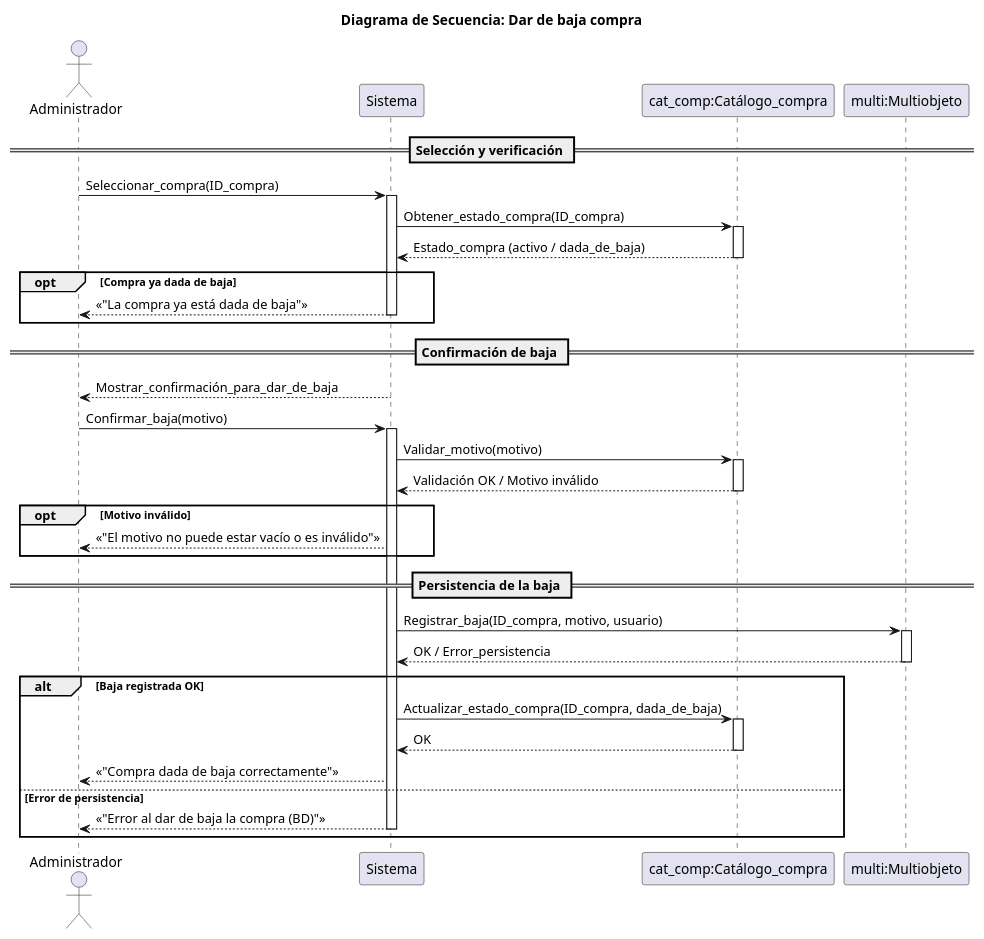
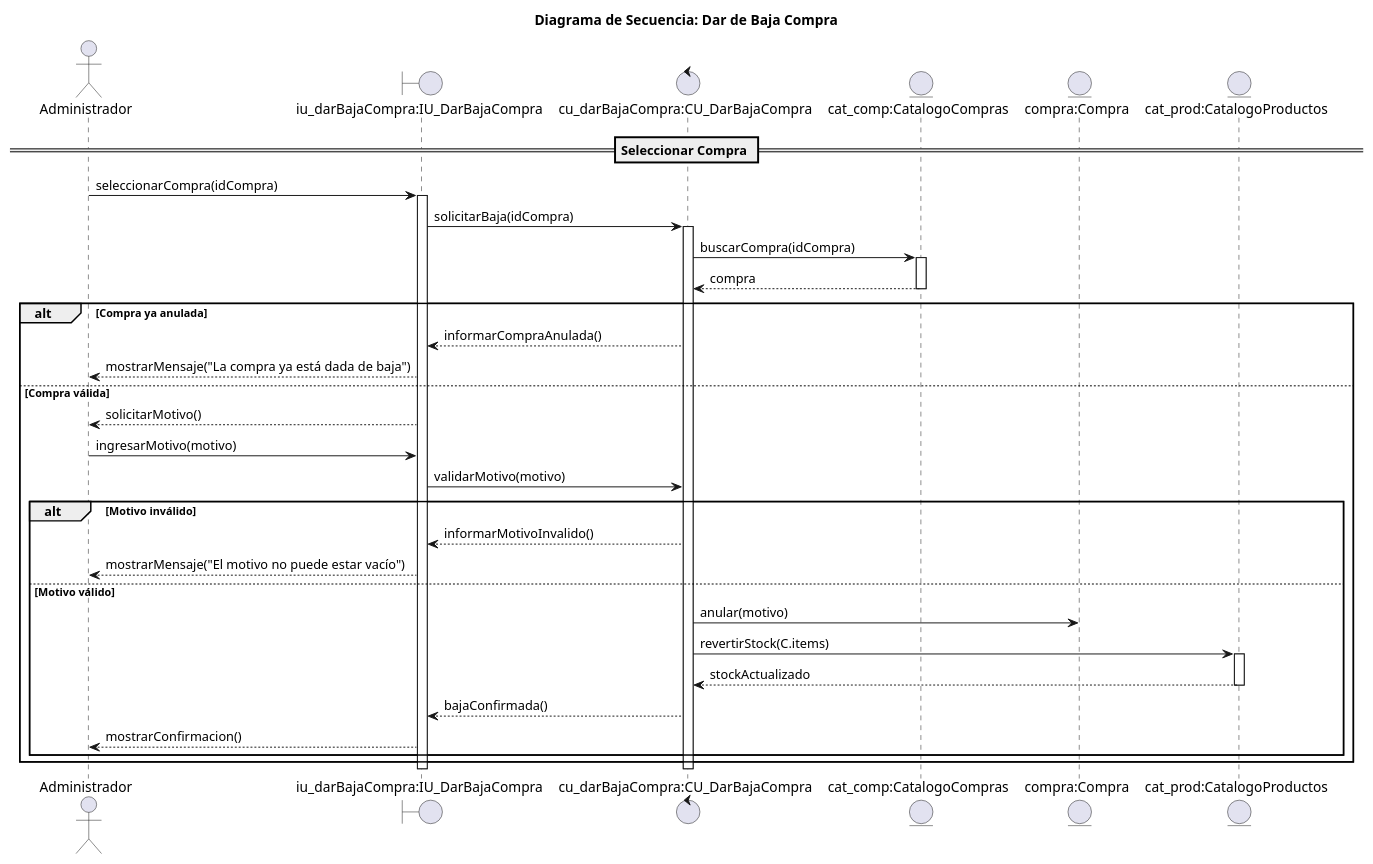
One commit to Luci1274/PPI_Proyecto_gomeria changed the diagram in 08-Diagrama-secuencia/03_Dar_baja_compra.puml. Above: the diagram before and after it, drawn with PlantUML. The commit also changed other lines of this file and 21 other files, not shown here.

Commit message:
Modificacion en mis casos de uso y diagramas de secuencia correspondientes

```diff
--- a/08-Diagrama-secuencia/03_Dar_baja_compra.puml
+++ b/08-Diagrama-secuencia/03_Dar_baja_compra.puml
@@ -2,57 +1,55 @@
 @startuml dar_baja_compra
 
-title Diagrama de Secuencia: Dar de baja compra
+title Diagrama de Secuencia: Dar de Baja Compra
 
 actor Administrador
-participant Sistema
-participant "cat_comp:Catálogo_compra" as Cat_comp
-participant "multi:Multiobjeto" as MULT
+boundary "iu_darBajaCompra:IU_DarBajaCompra" as IU
+control "cu_darBajaCompra:CU_DarBajaCompra" as CU
+entity "cat_comp:CatalogoCompras" as CATC
+entity "compra:Compra" as C
+entity "cat_prod:CatalogoProductos" as CATP
 
-== Selección y verificación ==
-Administrador -> Sistema: Seleccionar_compra(ID_compra)
-activate Sistema
-Sistema -> Cat_comp: Obtener_estado_compra(ID_compra)
-activate Cat_comp
-Cat_comp --> Sistema: Estado_compra (activo / dada_de_baja)
-deactivate Cat_comp
+== Seleccionar Compra ==
+Administrador -> IU: seleccionarCompra(idCompra)
+activate IU
 
-opt Compra ya dada de baja
-    Sistema --> Administrador: <<"La compra ya está dada de baja">>
-    deactivate Sistema
+IU -> CU: solicitarBaja(idCompra)
+activate CU
+
+CU -> CATC: buscarCompra(idCompra)
+activate CATC
+CATC --> CU: compra
+deactivate CATC
+
+alt Compra ya anulada
+    CU --> IU: informarCompraAnulada()
+    IU --> Administrador: mostrarMensaje("La compra ya está dada de baja")
+else Compra válida
+
+    IU --> Administrador: solicitarMotivo()
+
+    Administrador -> IU: ingresarMotivo(motivo)
+    IU -> CU: validarMotivo(motivo)
+
+    alt Motivo inválido
+        CU --> IU: informarMotivoInvalido()
+        IU --> Administrador: mostrarMensaje("El motivo no puede estar vacío")
+    else Motivo válido
+
+        CU -> C: anular(motivo)
+
+        CU -> CATP: revertirStock(C.items)
+        activate CATP
+        CATP --> CU: stockActualizado
+        deactivate CATP
+
+        CU --> IU: bajaConfirmada()
+        IU --> Administrador: mostrarConfirmacion()
+
+    end reminder
 end
 
-== Confirmación de baja ==
-Sistema --> Administrador: Mostrar_confirmación_para_dar_de_baja
-Administrador -> Sistema: Confirmar_baja(motivo)
-activate Sistema
-
-' Validación del motivo (consulta al catálogo si aplica reglas)
-Sistema -> Cat_comp: Validar_motivo(motivo)
-activate Cat_comp
-Cat_comp --> Sistema: Validación OK / Motivo inválido
-deactivate Cat_comp
-
-opt Motivo inválido
-    Sistema --> Administrador: <<"El motivo no puede estar vacío o es inválido">>
-end
-
-== Persistencia de la baja ==
-Sistema -> MULT: Registrar_baja(ID_compra, motivo, usuario)
-activate MULT
-MULT --> Sistema: OK / Error_persistencia
-deactivate MULT
-
-alt Baja registrada OK
-    ' Opcional: actualizar índice/cache del catálogo para reflejar cambio en consultas
-    Sistema -> Cat_comp: Actualizar_estado_compra(ID_compra, dada_de_baja)
-    activate Cat_comp
-    Cat_comp --> Sistema: OK
-    deactivate Cat_comp
-    Sistema --> Administrador: <<"Compra dada de baja correctamente">>
-
-else Error de persistencia
-    Sistema --> Administrador: <<"Error al dar de baja la compra (BD)">>
-    deactivate Sistema
-end
+deactivate CU
+deactivate IU
 
 @enduml
```
